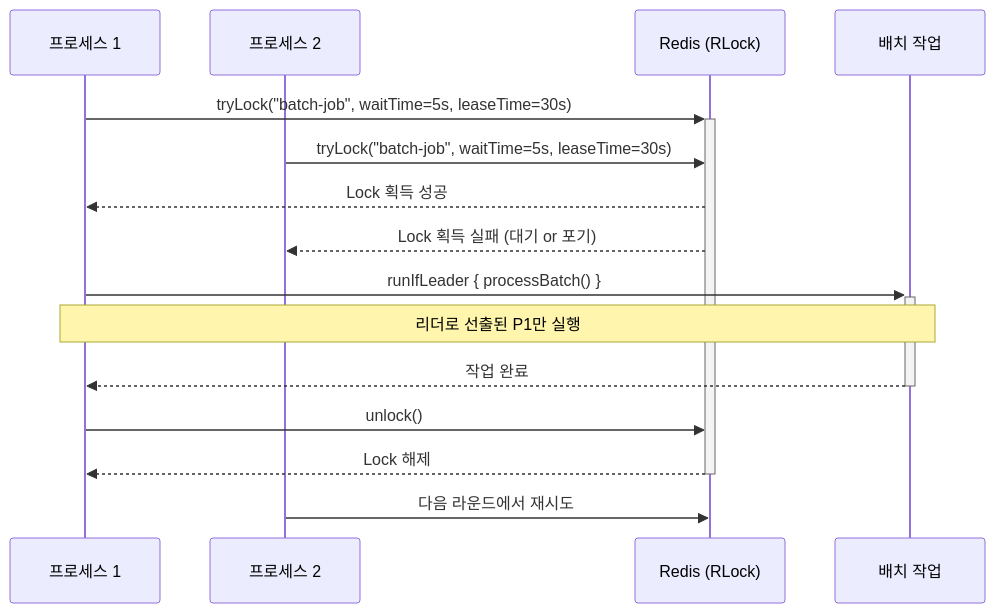
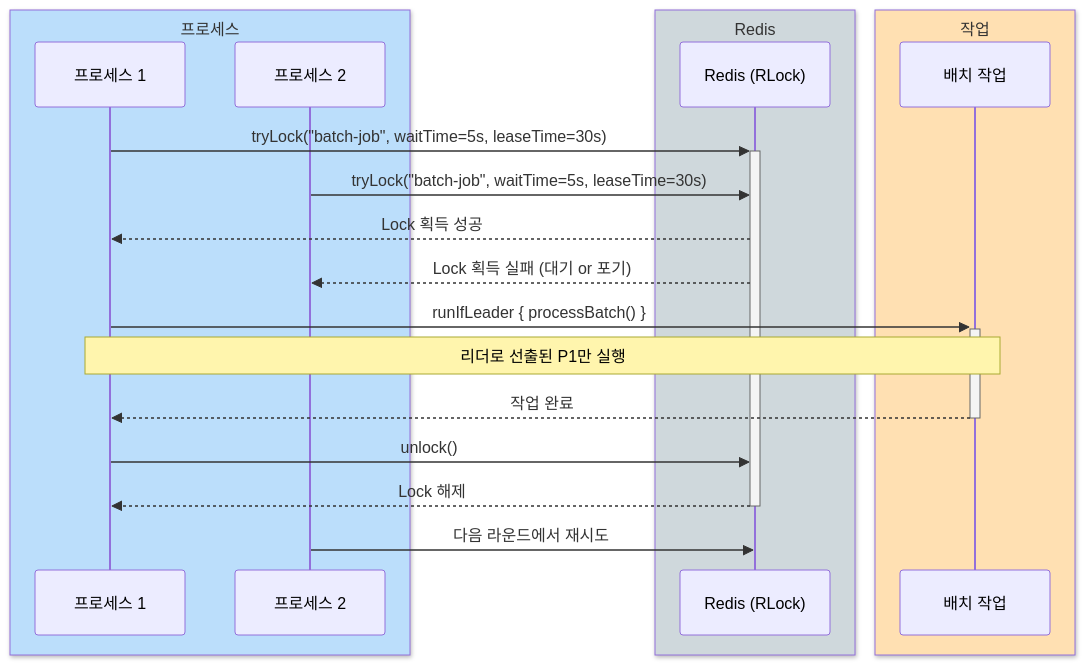
One commit to bluetape4k/bluetape4k-projects changed the second of 4 diagrams in infra/redisson/README.ko.md. Above: the diagram before and after it, drawn with Mermaid. The commit also changed other lines of this file and 221 other files, not shown here.

First line of the commit message:
docs: 전체 모듈 README UML 다이어그램 보강 및 색상 업그레이드

````diff
--- a/infra/redisson/README.ko.md
+++ b/infra/redisson/README.ko.md
@@ -365,20 +373,26 @@
 ```mermaid
 sequenceDiagram
+    box rgb(187,222,251) 프로세스
     participant P1 as 프로세스 1
     participant P2 as 프로세스 2
+    end
+    box rgb(207,216,220) Redis
     participant Redis as Redis (RLock)
+    end
+    box rgb(255,224,178) 작업
     participant Job as 배치 작업
+    end
 
     P1->>+Redis: tryLock("batch-job", waitTime=5s, leaseTime=30s)
     P2->>Redis: tryLock("batch-job", waitTime=5s, leaseTime=30s)
     Redis-->>P1: Lock 획득 성공
     Redis-->>P2: Lock 획득 실패 (대기 or 포기)
 
     P1->>+Job: runIfLeader { processBatch() }
     Note over P1,Job: 리더로 선출된 P1만 실행
     Job-->>-P1: 작업 완료
     P1->>Redis: unlock()
     Redis-->>-P1: Lock 해제
 
     P2->>Redis: 다음 라운드에서 재시도
 ```
````
